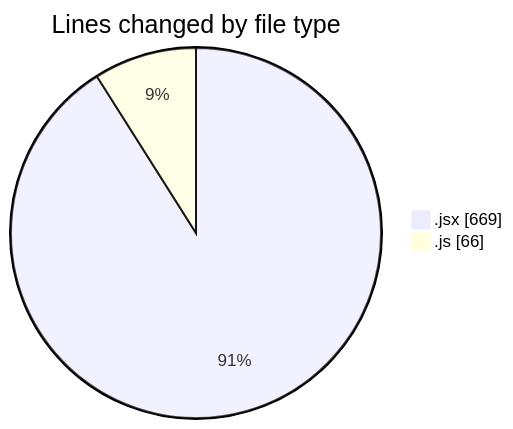
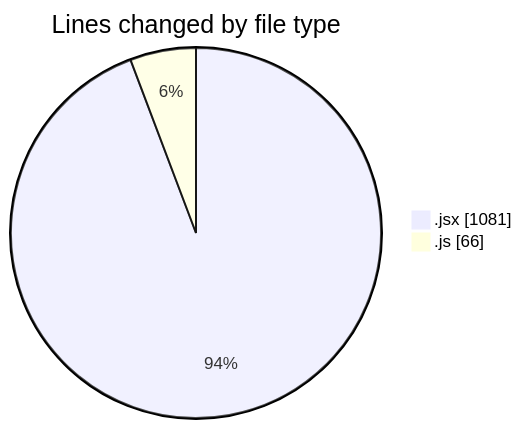
The first of 2 diagrams in 2025-08-18/nxtqube_webapp/README.md (nxtqubesakshisongat/code-tracking), drawn with Mermaid before and after one commit. The commit also changed other lines of this file and 1 other file, not shown here.

````diff
--- a/2025-08-18/nxtqube_webapp/README.md
+++ b/2025-08-18/nxtqube_webapp/README.md
@@ -21,6 +22,6 @@
 ```mermaid
 pie showData
 title Lines changed by file type
-".jsx" : 669
+".jsx" : 1081
 ".js" : 66
 ```
````
